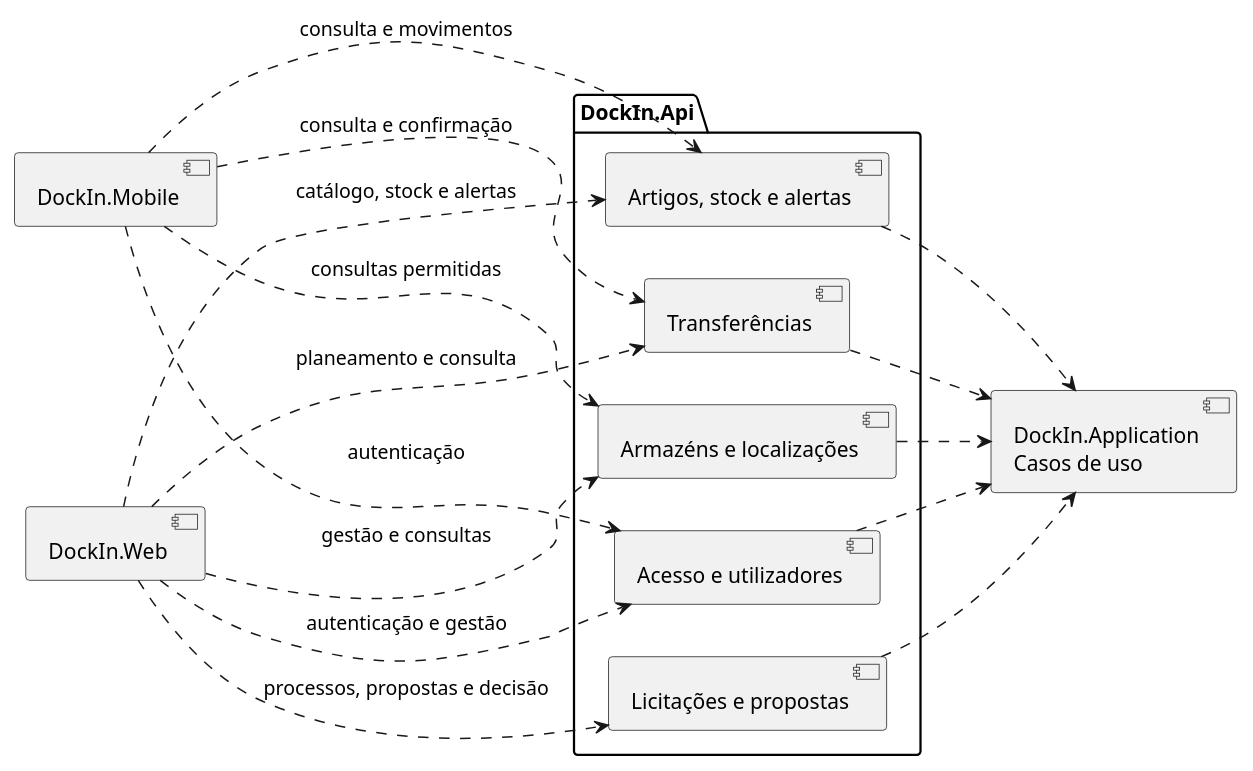
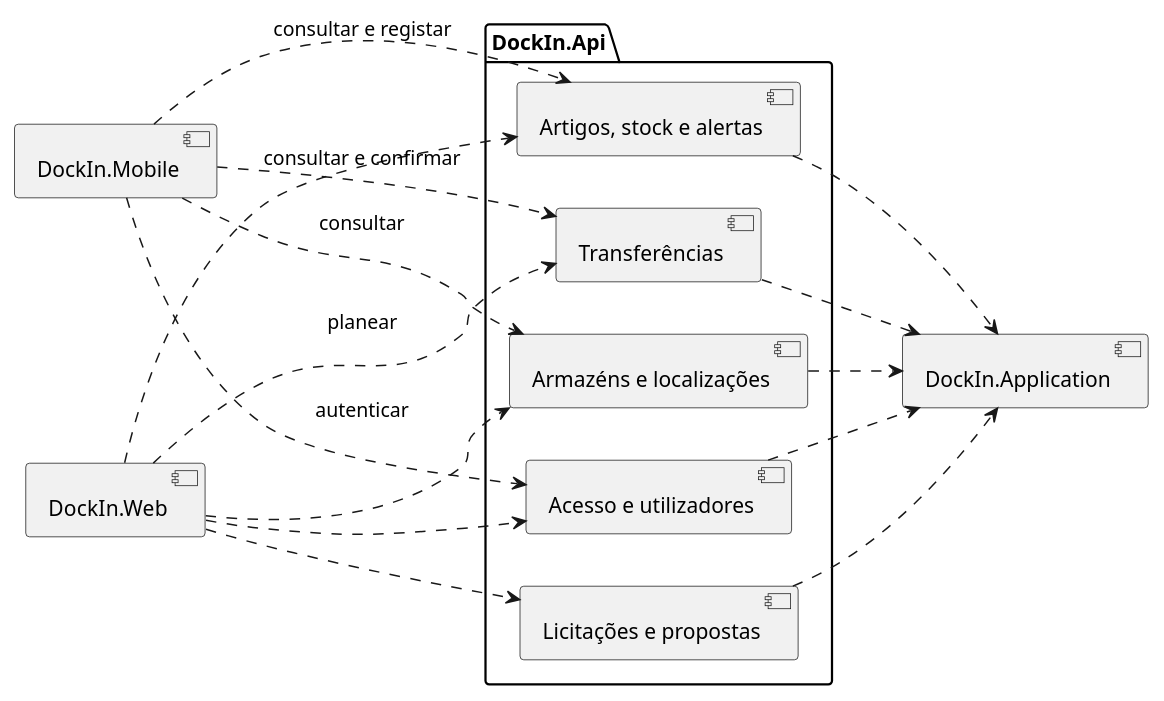
The third of 4 diagrams in DockIn.Backend/04-artefactos-tecnicos/04.05-arquitetura/m2-documentacao-arquitetura-v01.md (tiagop47/DockIn), drawn with PlantUML before and after one commit. The commit also changed other lines of this file and 63 other files, not shown here.

````diff
--- a/DockIn.Backend/04-artefactos-tecnicos/04.05-arquitetura/m2-documentacao-arquitetura-v01.md
+++ b/DockIn.Backend/04-artefactos-tecnicos/04.05-arquitetura/m2-documentacao-arquitetura-v01.md
@@ -57,36 +94,36 @@
 ```plantuml
 @startuml
 skinparam componentStyle uml2
 left to right direction
 
 component "DockIn.Web" as Web
 component "DockIn.Mobile" as Mobile
 
 package "DockIn.Api" {
-  component "Acesso e utilizadores" as AcessoApi
-  component "Armazéns e localizações" as ArmazensApi
-  component "Artigos, stock e alertas" as StockApi
-  component "Transferências" as TransferenciasApi
-  component "Licitações e propostas" as LicitacoesApi
+  component "Acesso e utilizadores" as Acesso
+  component "Armazéns e localizações" as Armazens
+  component "Artigos, stock e alertas" as Stock
+  component "Transferências" as Transferencias
+  component "Licitações e propostas" as Licitacoes
 }
 
-component "DockIn.Application\nCasos de uso" as App
+component "DockIn.Application" as App
 
-Web ..> AcessoApi : autenticação e gestão
-Web ..> ArmazensApi : gestão e consultas
-Web ..> StockApi : catálogo, stock e alertas
-Web ..> TransferenciasApi : planeamento e consulta
-Web ..> LicitacoesApi : processos, propostas e decisão
+Web ..> Acesso
+Web ..> Armazens
+Web ..> Stock
+Web ..> Transferencias : planear
+Web ..> Licitacoes
 
-Mobile ..> AcessoApi : autenticação
-Mobile ..> ArmazensApi : consultas permitidas
-Mobile ..> StockApi : consulta e movimentos
-Mobile ..> TransferenciasApi : consulta e confirmação
+Mobile ..> Acesso : autenticar
+Mobile ..> Armazens : consultar
+Mobile ..> Stock : consultar e registar
+Mobile ..> Transferencias : consultar e confirmar
 
-AcessoApi ..> App
-ArmazensApi ..> App
-StockApi ..> App
-TransferenciasApi ..> App
-LicitacoesApi ..> App
+Acesso ..> App
+Armazens ..> App
+Stock ..> App
+Transferencias ..> App
+Licitacoes ..> App
 @enduml
 ```
````
